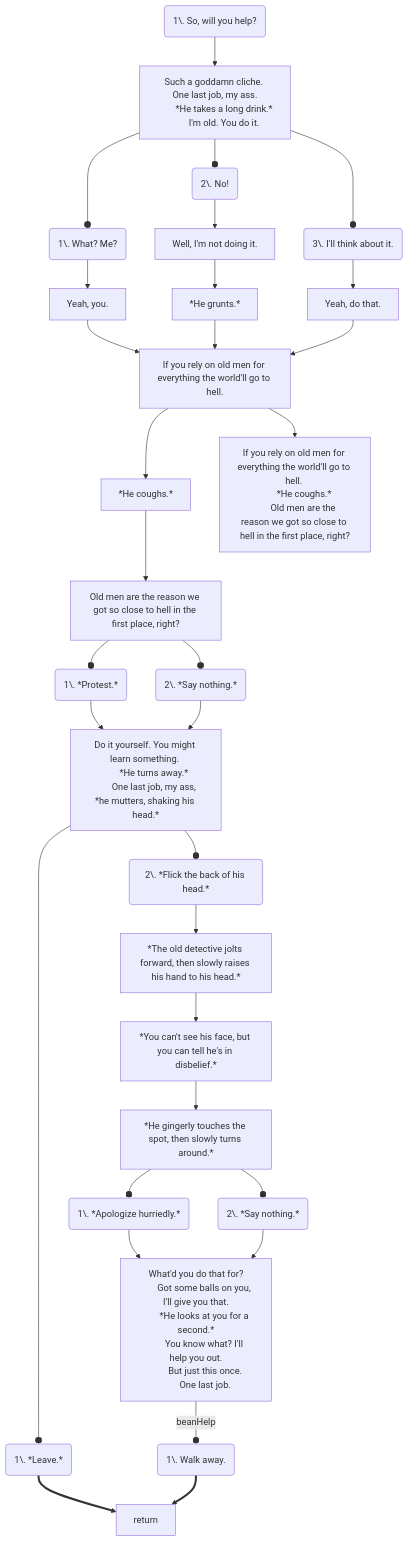
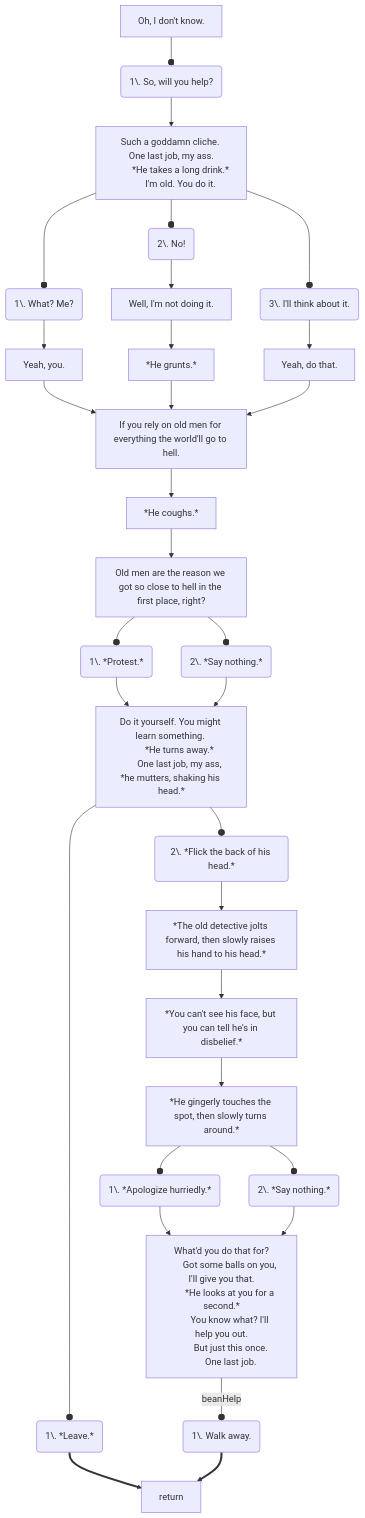
One commit to probablyduncan/cafe changed the diagram in src/content/cafe/scenes/one-last-job.mmd. Above: the diagram before and after it, drawn with Mermaid. The commit also changed 17 other files, not shown here.

```diff
--- a/src/content/cafe/scenes/one-last-job.mmd
+++ b/src/content/cafe/scenes/one-last-job.mmd
@@ -1,53 +1,47 @@
 flowchart TD
-    ia(1\. So, will you help?) --> ii[
+    start[Oh, I don't know.] --o ia(1\. So, will you help?) --> ii[
         Such a goddamn cliche. One last job, my ass.
         *He takes a long drink.*
         I'm old. You do it.
     ]
 
     ii --o ii-i(1\. What? Me?) 
     --> ii-i-i[Yeah, you.] --> iii
     
     ii --o ii-ii(2\. No!)
     --> ii-ii-i[Well, I'm not doing it.]
     --> ii-ii-ii[*He grunts.*] --> iii
     
     ii --o ii-iii(3\. I'll think about it.)
     --> ii-iii-i[Yeah, do that.] --> iii
 
     iii[If you rely on old men for everything the world'll go to hell.] --> iiib[*He coughs.*] --> iiic[Old men are the reason we got so close to hell in the first place, right?]
-
-    iii --> ticks[
-        If you rely on old men for everything the world'll go to hell. 
-        *He coughs.*
-        Old men are the reason we got so close to hell in the first place, right?
-    ]
 
     iiic --o iii-i(1\. *Protest.*) --> iv
     iiic --o iii-ii(2\. *Say nothing.*) --> iv
 
     iv[
         Do it yourself. You might learn something. 
         *He turns away.* 
         One last job, my ass, *he mutters, shaking his head.*
     ]
 
     iv --o iv-i(1\. *Leave.*) ==> return
 
     iv --o iv-ii(2\. *Flick the back of his head.*) 
     --> iv-ii-i[*The old detective jolts forward, then slowly raises his hand to his head.*] 
     --> iv-ii-ii[*You can't see his face, but you can tell he's in disbelief.*] 
     --> iv-ii-iii[*He gingerly touches the spot, then slowly turns around.*]
 
     iv-ii-iii --o iv-ii-iii-i(1\. *Apologize hurriedly.*) --> iv-ii-iv
     iv-ii-iii --o iv-ii-iii-ii(2\. *Say nothing.*) --> iv-ii-iv
 
     iv-ii-iv[
         What'd you do that for?
         Got some balls on you, I'll give you that.
         *He looks at you for a second.*
         You know what? I'll help you out.
         But just this once.
         One last job.
     ]
     -- beanHelp --o iv-ii-v(1\. Walk away.) ==> return
```
